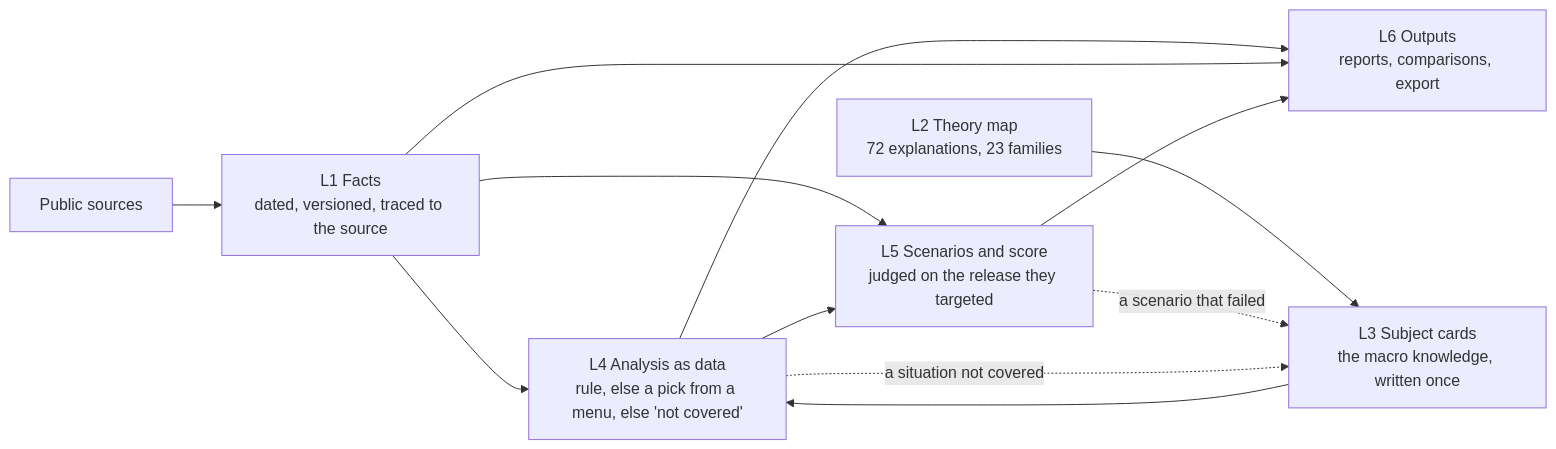
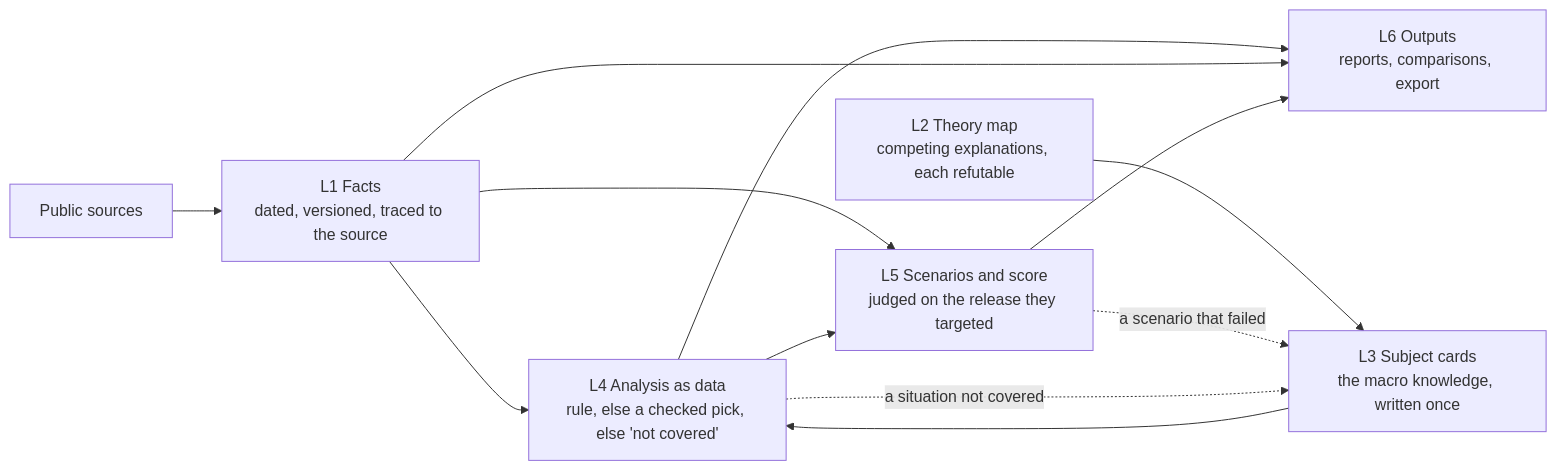
The diagram in README.md (Sami-Andaloussi/atlas-research), drawn with Mermaid before and after one commit. The commit also changed other lines of this file and 10 other files, not shown here.

````diff
--- a/README.md
+++ b/README.md
@@ -46,14 +57,14 @@
 ```mermaid
 flowchart LR
     src["Public sources"] --> L1["L1 Facts<br/>dated, versioned, traced to the source"]
-    L2["L2 Theory map<br/>72 explanations, 23 families"] --> L3["L3 Subject cards<br/>the macro knowledge, written once"]
-    L1 --> L4["L4 Analysis as data<br/>rule, else a pick from a menu, else 'not covered'"]
+    L2["L2 Theory map<br/>competing explanations, each refutable"] --> L3["L3 Subject cards<br/>the macro knowledge, written once"]
+    L1 --> L4["L4 Analysis as data<br/>rule, else a checked pick, else 'not covered'"]
     L3 --> L4
     L1 --> L5
     L4 --> L5["L5 Scenarios and score<br/>judged on the release they targeted"]
     L4 --> L6["L6 Outputs<br/>reports, comparisons, export"]
     L1 --> L6
     L5 --> L6
     L5 -.->|"a scenario that failed"| L3
     L4 -.->|"a situation not covered"| L3
 ```
````
